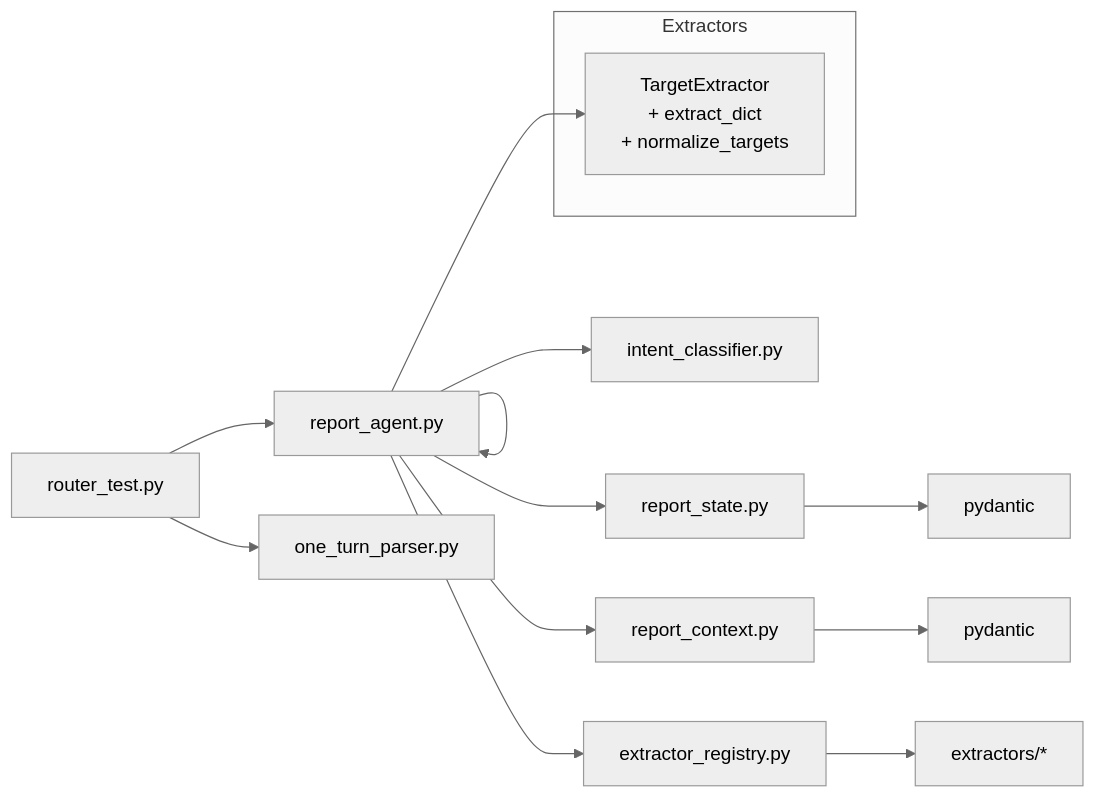
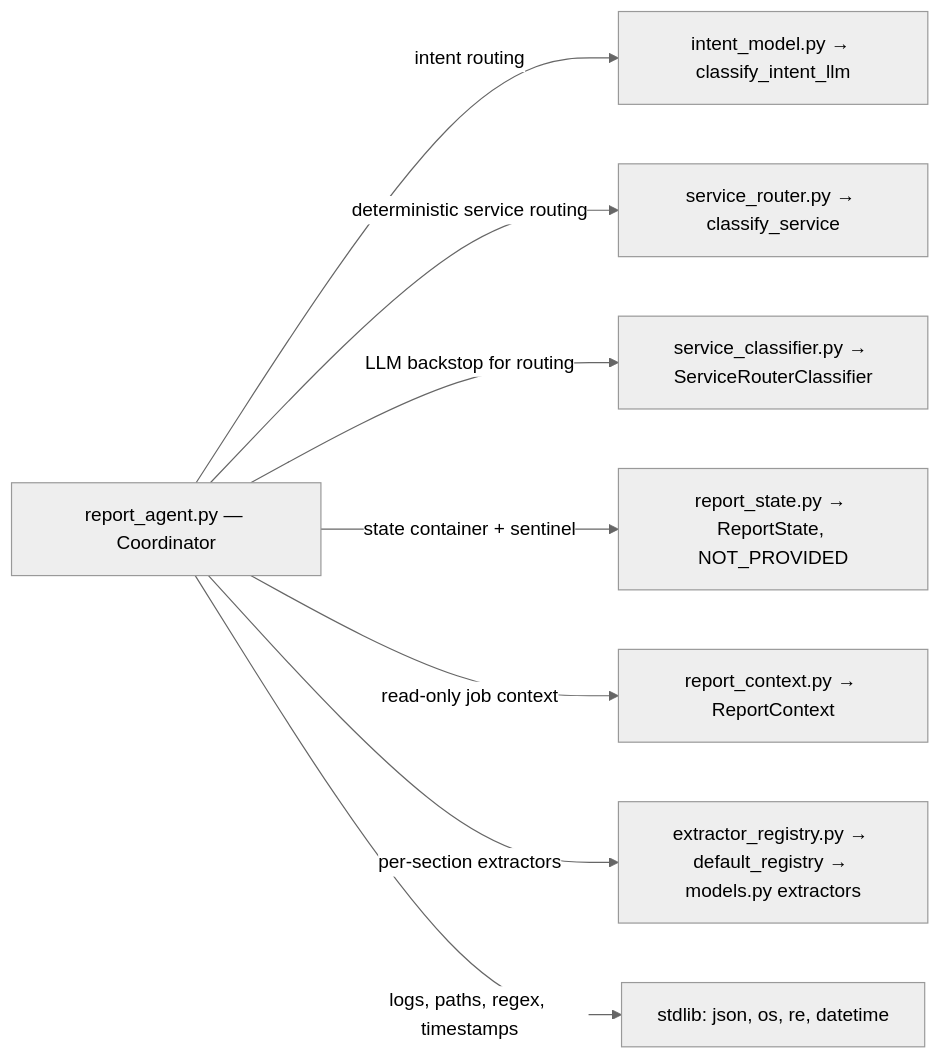
Before and after one commit to hammerdirt-analyst/handsfreetraq: the diagram in docs/projectupdate.md, drawn with Mermaid (neutral theme). The commit also changed other lines of this file and 43 other files, not shown here.

````diff
--- a/docs/projectupdate.md
+++ b/docs/projectupdate.md
@@ -126,17 +16,10 @@
 ```mermaid
 graph LR
-    subgraph Extractors
-        T[TargetExtractor<br/>+ extract_dict <br/>+ normalize_targets]
-    end
-    B[Coordinator] --> T
-
-    A[router_test.py] --> B[report_agent.py] --> B
-    B --> C[report_state.py]
-    B --> D[report_context.py]
-    B --> E[extractor_registry.py]
-    B --> F[intent_classifier.py]
-    C --> G[pydantic]
-    D --> H[pydantic]
-    E --> I[extractors/*]
-    A --> J[one_turn_parser.py]
+  A[report_agent.py — Coordinator] -->|intent routing| B[intent_model.py → classify_intent_llm]
+  A -->|deterministic service routing| C[service_router.py → classify_service]
+  A -->|LLM backstop for routing| D[service_classifier.py → ServiceRouterClassifier]
+  A -->|state container + sentinel| E[report_state.py → ReportState, NOT_PROVIDED]
+  A -->|read-only job context| F[report_context.py → ReportContext]
+  A -->|per-section extractors| G[extractor_registry.py → default_registry → models.py extractors]
+  A -->|logs, paths, regex, timestamps| H[stdlib: json, os, re, datetime]
 ```
````
